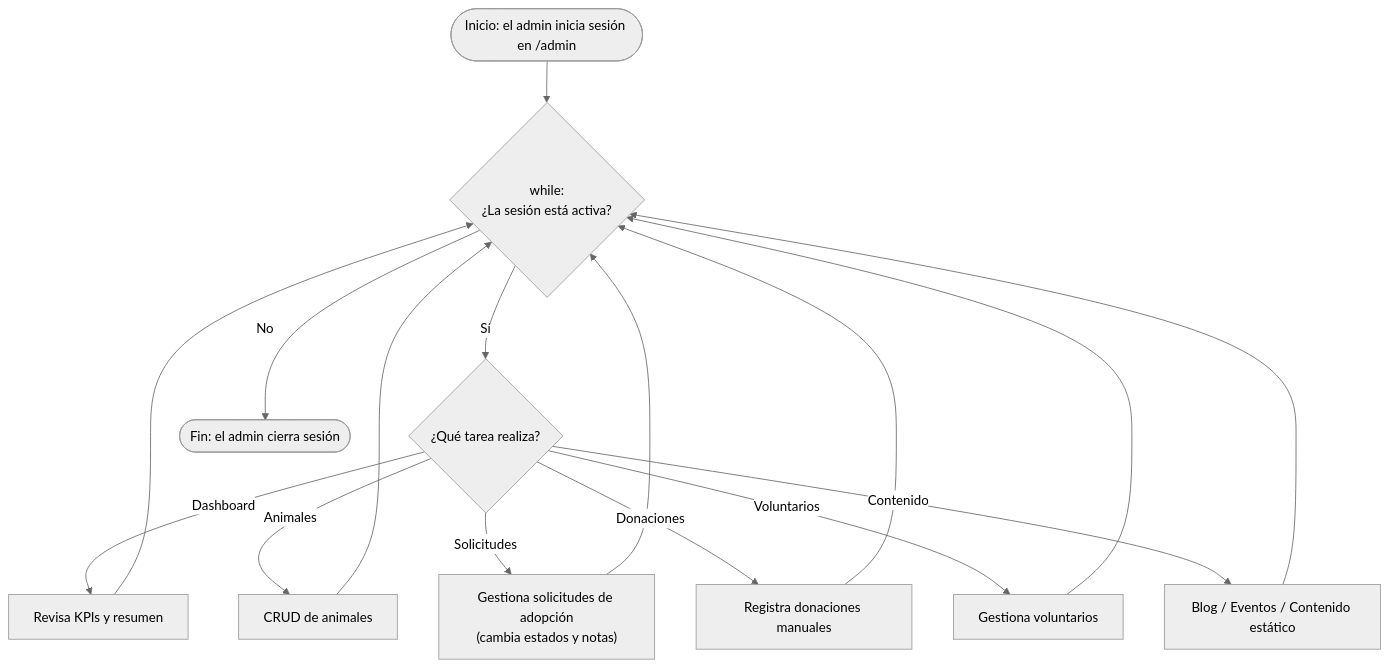
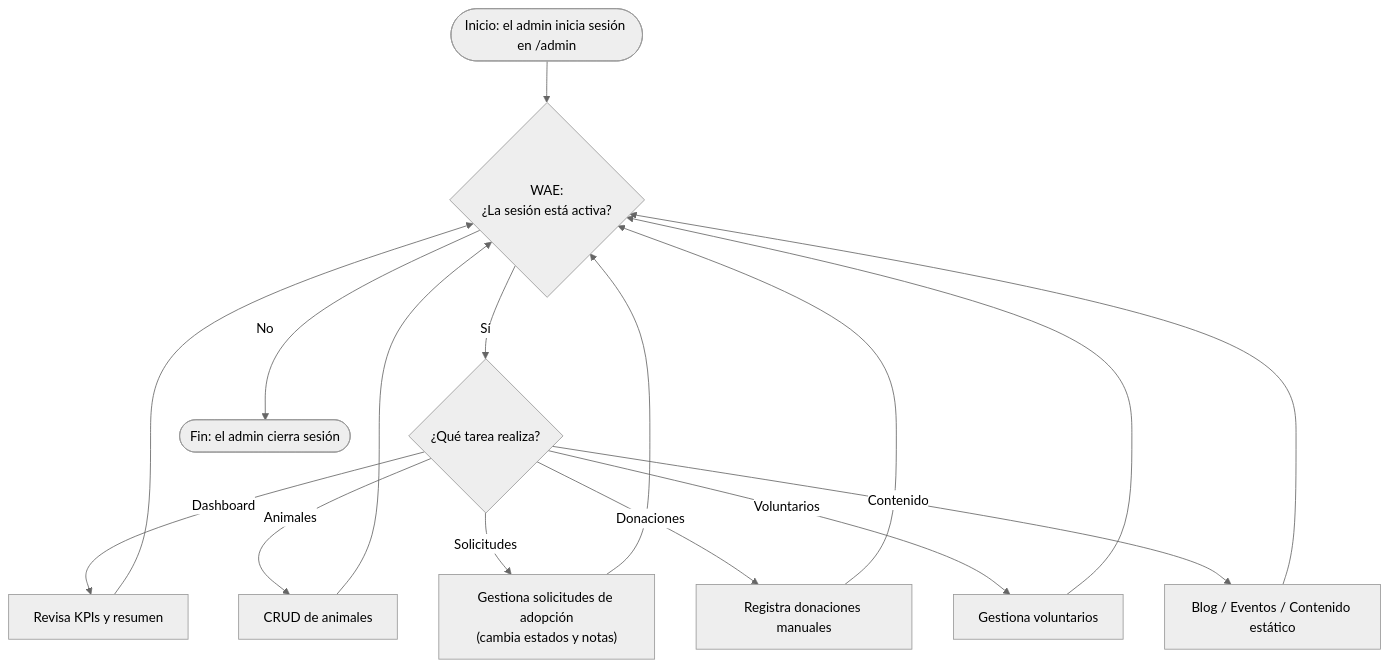
One commit to TrynaFindMimi/gestion-proyectos changed the second of 2 diagrams in docs/TDR_Diagrama_While_Peluchin.md. Above: the diagram before and after it, drawn with Mermaid (neutral theme). The commit also changed other lines of this file, not shown here.

Commit message:
Correccion de while a WAE

````diff
--- a/docs/TDR_Diagrama_While_Peluchin.md
+++ b/docs/TDR_Diagrama_While_Peluchin.md
@@ -67,21 +67,21 @@
 ```mermaid
 flowchart TD
-    INICIO([Inicio: el admin inicia sesión en /admin]) --> W{"while:<br/>¿La sesión está activa?"}
+    INICIO([Inicio: el admin inicia sesión en /admin]) --> W{"WAE:<br/>¿La sesión está activa?"}
     W -->|Sí| ACC{¿Qué tarea realiza?}
 
     ACC -->|Dashboard| DASH[Revisa KPIs y resumen]
     ACC -->|Animales| ANI[CRUD de animales]
     ACC -->|Solicitudes| SOL["Gestiona solicitudes de adopción<br/>(cambia estados y notas)"]
     ACC -->|Donaciones| DON[Registra donaciones manuales]
     ACC -->|Voluntarios| VOL[Gestiona voluntarios]
     ACC -->|Contenido| CON[Blog / Eventos / Contenido estático]
 
     DASH --> W
     ANI --> W
     SOL --> W
     DON --> W
     VOL --> W
     CON --> W
 
     W -->|No| FIN([Fin: el admin cierra sesión])
 ```
````
